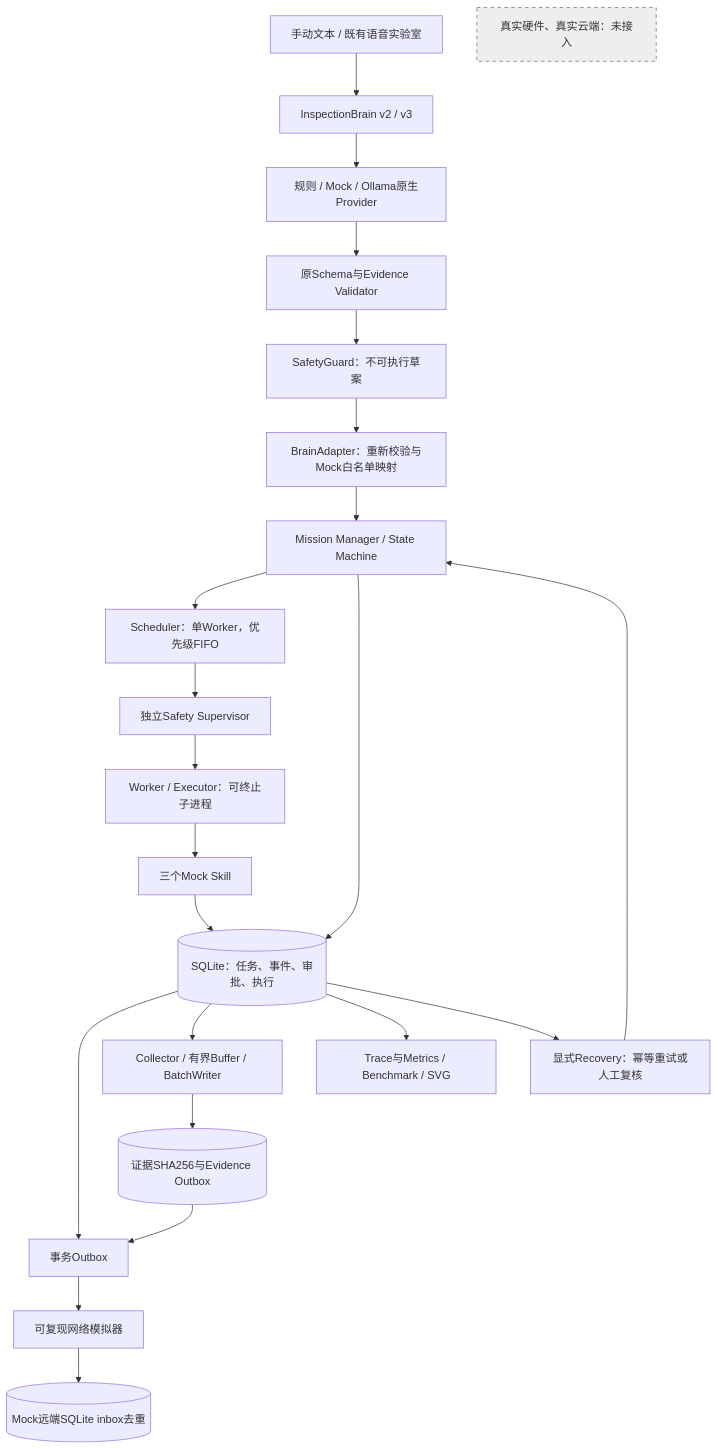
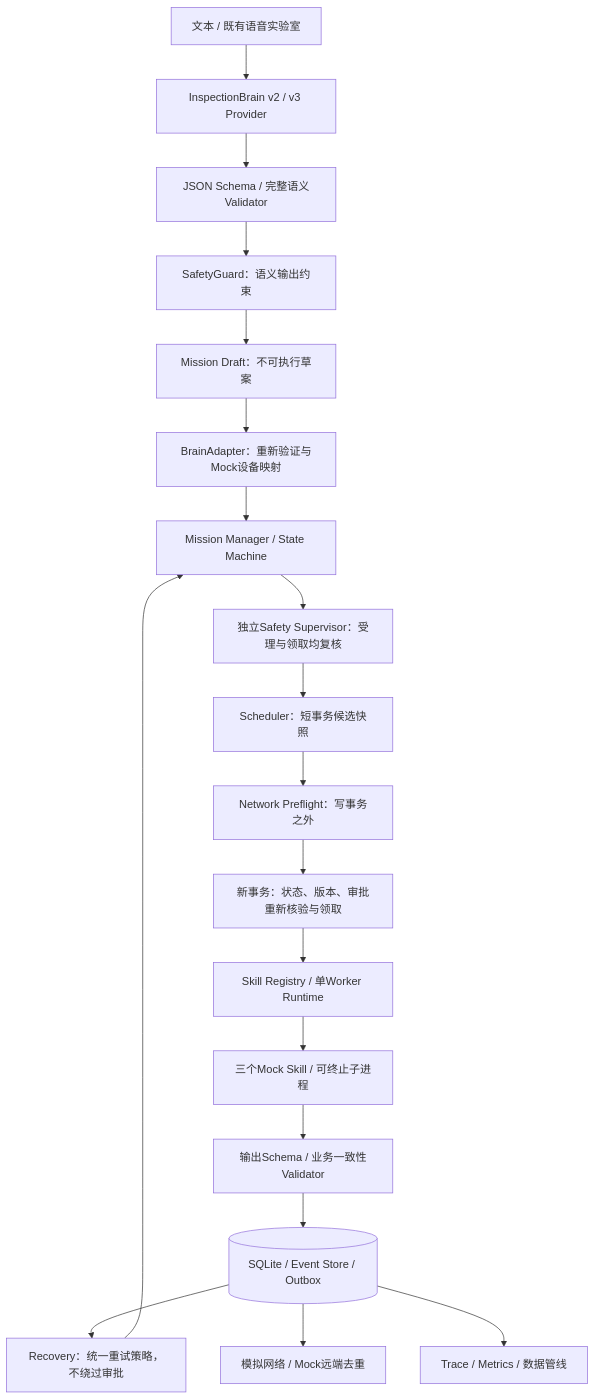
The diagram in docs/SYSTEM_ARCHITECTURE.md (YueChenLi-lab/power-inspection-robot), drawn with Mermaid before and after one commit. The commit also changed other lines of this file and 65 other files, not shown here.

````diff
--- a/docs/SYSTEM_ARCHITECTURE.md
+++ b/docs/SYSTEM_ARCHITECTURE.md
@@ -7,27 +7,21 @@
 ```mermaid
 flowchart TD
-    IN[手动文本 / 既有语音实验室] --> B[InspectionBrain v2 / v3]
-    B --> P[规则 / Mock / Ollama原生Provider]
-    P --> V[原Schema与Evidence Validator]
-    V --> G[SafetyGuard：不可执行草案]
-    G --> A[BrainAdapter：重新校验与Mock白名单映射]
+    T[文本 / 既有语音实验室] --> B[InspectionBrain v2 / v3 Provider]
+    B --> V[JSON Schema / 完整语义Validator]
+    V --> G[SafetyGuard：语义输出约束]
+    G --> D[Mission Draft：不可执行草案]
+    D --> A[BrainAdapter：重新验证与Mock设备映射]
     A --> M[Mission Manager / State Machine]
-    M --> S[Scheduler：单Worker，优先级FIFO]
-    S --> SAFE[独立Safety Supervisor]
-    SAFE --> W[Worker / Executor：可终止子进程]
-    W --> K[三个Mock Skill]
-    M --> DB[(SQLite：任务、事件、审批、执行)]
-    K --> DB
-    DB --> O[事务Outbox]
-    O --> N[可复现网络模拟器]
-    N --> R[(Mock远端SQLite inbox去重)]
-    DB --> C[Collector / 有界Buffer / BatchWriter]
-    C --> E[(证据SHA256与Evidence Outbox)]
-    E --> O
-    DB --> T[Trace与Metrics / Benchmark / SVG]
-    DB --> REC[显式Recovery：幂等重试或人工复核]
+    M --> SAFE[独立Safety Supervisor：受理与领取均复核]
+    SAFE --> S[Scheduler：短事务候选快照]
+    S --> N[Network Preflight：写事务之外]
+    N --> C[新事务：状态、版本、审批重新核验与领取]
+    C --> REG[Skill Registry / 单Worker Runtime]
+    REG --> K[三个Mock Skill / 可终止子进程]
+    K --> OVAL[输出Schema / 业务一致性Validator]
+    OVAL --> DB[(SQLite / Event Store / Outbox)]
+    DB --> REC[Recovery：统一重试策略，不绕过审批]
     REC --> M
-    H[真实硬件、真实云端：未接入]
-    classDef external fill:#eeeeee,stroke:#666,stroke-dasharray:5 5;
-    class H external;
+    DB --> SYNC[模拟网络 / Mock远端去重]
+    DB --> OBS[Trace / Metrics / 数据管线]
 ```
````
